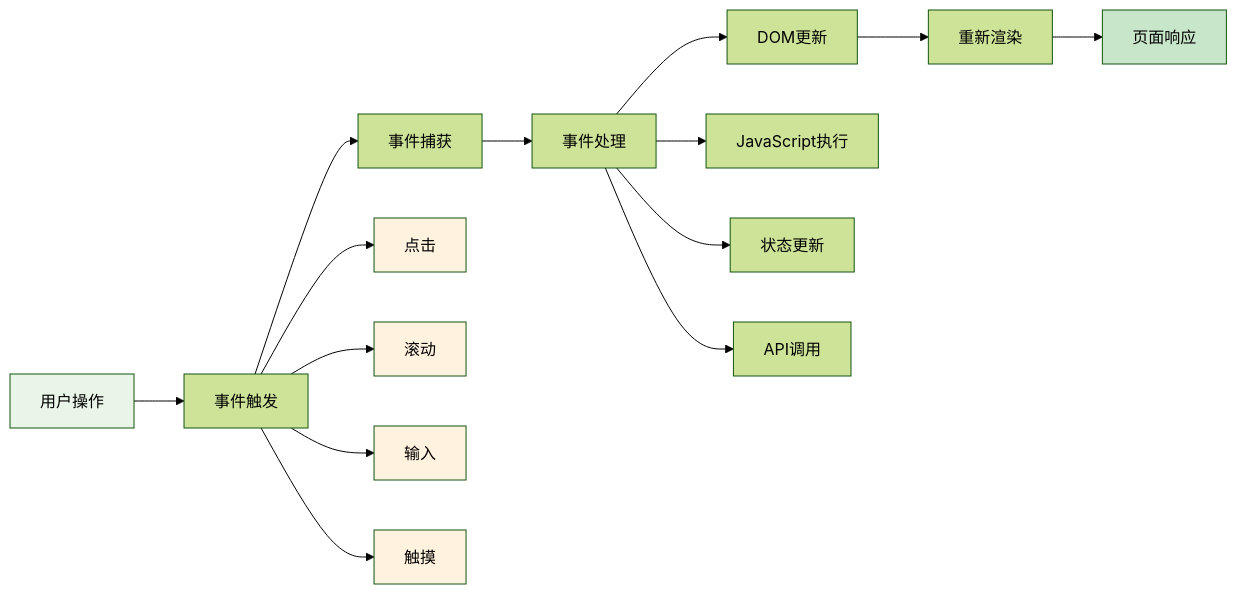
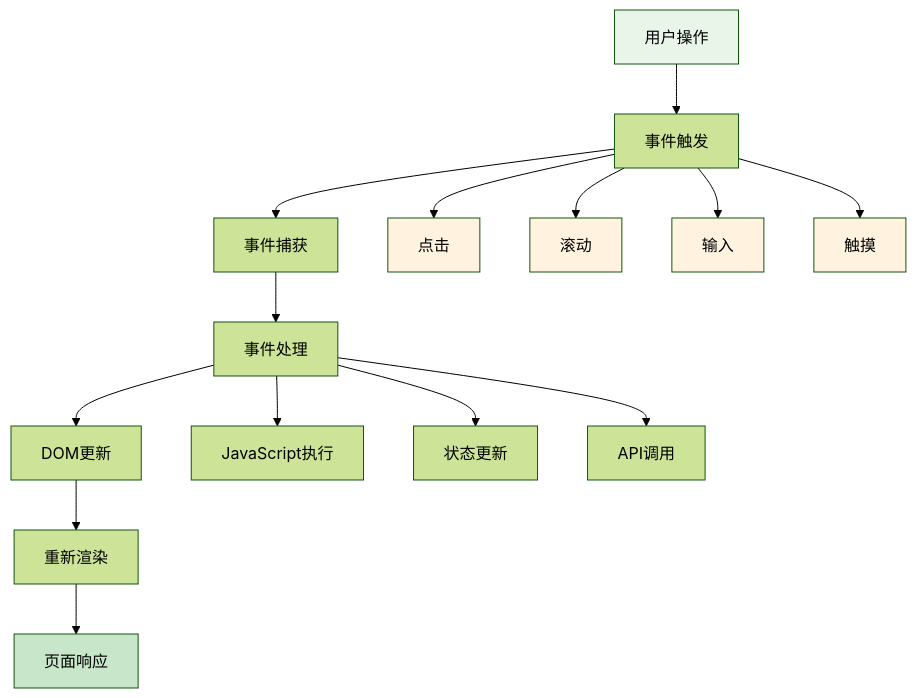
Before and after one commit to Specialxm/frontend-learning-guide: the eighth of 9 diagrams in docs/performance/page-loading-process.md, drawn with Mermaid (forest theme). The commit also changed other lines of this file and 6 other files, not shown here.

Commit message:
新增 Mermaid图表支持

````diff
--- a/docs/performance/page-loading-process.md
+++ b/docs/performance/page-loading-process.md
@@ -339,25 +348,25 @@
 ```mermaid
-flowchart LR
+flowchart TD
     A[用户操作] --> B[事件触发]
     B --> C[事件捕获]
     C --> D[事件处理]
     D --> E[DOM更新]
     E --> F[重新渲染]
     F --> G[页面响应]
     
     B --> B1[点击]
     B --> B2[滚动]
     B --> B3[输入]
     B --> B4[触摸]
     
     D --> D1[JavaScript执行]
     D --> D2[状态更新]
     D --> D3[API调用]
     
     style A fill:#e8f5e8
     style G fill:#c8e6c9
     style B1 fill:#fff3e0
     style B2 fill:#fff3e0
     style B3 fill:#fff3e0
     style B4 fill:#fff3e0
 ```
````
